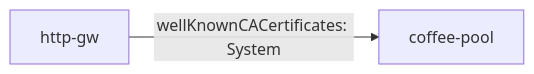
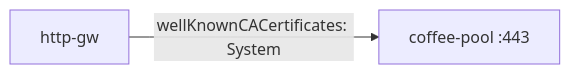
One commit to mink0119/2609_f5bnk changed the diagram in Advanced_Feature/3.9_BackendTLSPolicy_System/README.md. Above: the diagram before and after it, drawn with Mermaid. The commit also changed other lines of this file and 80 other files, not shown here.

````diff
--- a/Advanced_Feature/3.9_BackendTLSPolicy_System/README.md
+++ b/Advanced_Feature/3.9_BackendTLSPolicy_System/README.md
@@ -5,4 +8,4 @@
 ```mermaid
 flowchart LR
-  VIP[http-gw] -->|wellKnownCACertificates: System| P1[coffee-pool]
+  VIP[http-gw] -->|wellKnownCACertificates: System| P1[coffee-pool :443]
 ```
````
